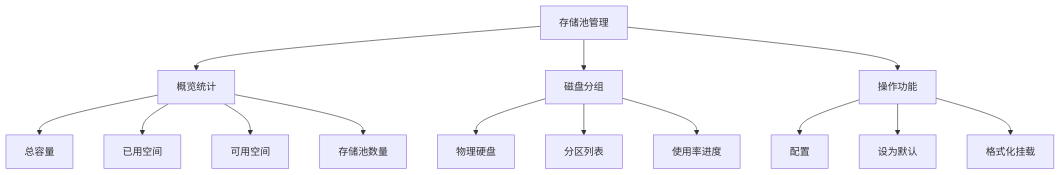
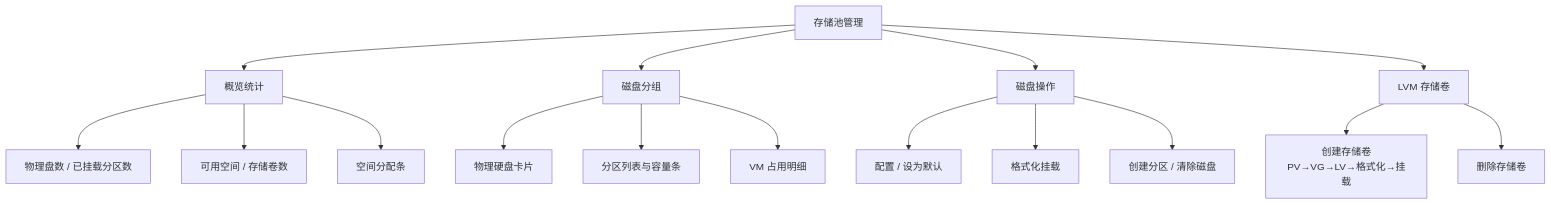
Before and after one commit to QVMConsole/docs: the first of 3 diagrams in docs/storage-pool/storage-pool-management.mdx, drawn with Mermaid. The commit also changed other lines of this file and 37 other files, not shown here.

````diff
--- a/docs/storage-pool/storage-pool-management.mdx
+++ b/docs/storage-pool/storage-pool-management.mdx
@@ -13,19 +17,22 @@
 ```mermaid
 graph TD
     A[存储池管理] --> B[概览统计]
     A --> C[磁盘分组]
-    A --> D[操作功能]
-    
-    B --> B1[总容量]
-    B --> B2[已用空间]
-    B --> B3[可用空间]
-    B --> B4[存储池数量]
-    
-    C --> C1[物理硬盘]
-    C --> C2[分区列表]
-    C --> C3[使用率进度]
-    
-    D --> D1[配置]
-    D --> D2[设为默认]
-    D --> D3[格式化挂载]
+    A --> D[磁盘操作]
+    A --> E[LVM 存储卷]
+
+    B --> B1[物理盘数 / 已挂载分区数]
+    B --> B2[可用空间 / 存储卷数]
+    B --> B3[空间分配条]
+
+    C --> C1[物理硬盘卡片]
+    C --> C2[分区列表与容量条]
+    C --> C3[VM 占用明细]
+
+    D --> D1[配置 / 设为默认]
+    D --> D2[格式化挂载]
+    D --> D3[创建分区 / 清除磁盘]
+
+    E --> E1[创建存储卷<br/>PV→VG→LV→格式化→挂载]
+    E --> E2[删除存储卷]
 ```
````
